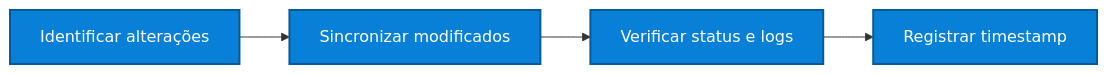
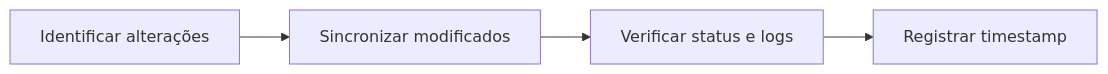
One commit to ldasistemas/proextend-integration-docs changed the second of 2 diagrams in docs/fluxo-de-sincronizacao.md. Above: the diagram before and after it, drawn with Mermaid. The commit also changed other lines of this file and 9 other files, not shown here.

Commit message:
feat: remover estilos obsoletos de diagramas e atualizar classes para melhor semântica nos componentes de sidebar

````diff
--- a/docs/fluxo-de-sincronizacao.md
+++ b/docs/fluxo-de-sincronizacao.md
@@ -43,11 +36,7 @@
 ```mermaid
 flowchart LR
     A[Identificar alterações] --> B[Sincronizar modificados]
     B --> C[Verificar status e logs]
     C --> D[Registrar timestamp]
 
-    style A fill:#0980D8,stroke:#065a97,stroke-width:2px,color:#fff
-    style B fill:#0980D8,stroke:#065a97,stroke-width:2px,color:#fff
-    style C fill:#0980D8,stroke:#065a97,stroke-width:2px,color:#fff
-    style D fill:#0980D8,stroke:#065a97,stroke-width:2px,color:#fff
 ```
````
